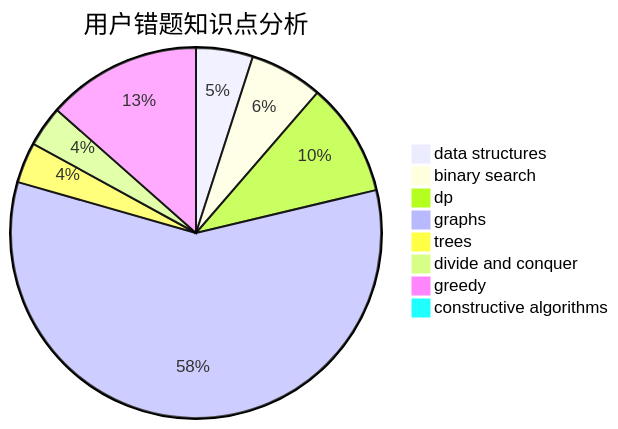
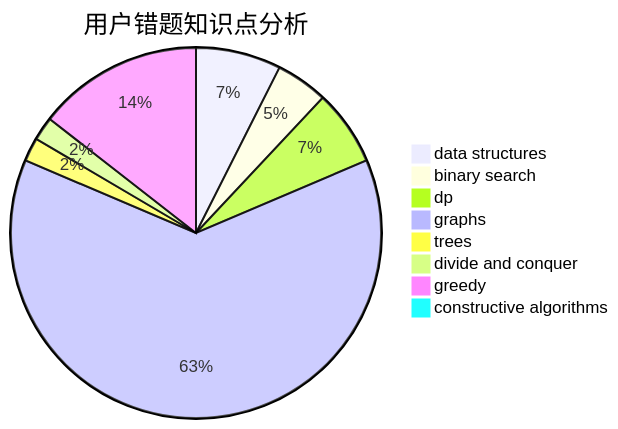
The third of 3 diagrams in docs/user/u253.md (sherpahu/cfrs.github.io), drawn with Mermaid before and after one commit. The commit also changed other lines of this file and 2770 other files, not shown here.

````diff
--- a/docs/user/u253.md
+++ b/docs/user/u253.md
@@ -36,11 +36,11 @@
 ```mermaid
 pie title 用户错题知识点分析
-    "data structures" :  7
-    "binary search" :  9
-    "dp" :  14
-    "graphs" :  82
+    "data structures" :  18
+    "binary search" :  11
+    "dp" :  16
+    "graphs" :  152
     "trees" :  5
     "divide and conquer" :  5
-    "greedy" :  19
+    "greedy" :  35
     "constructive algorithms" :  0
 ```
````
